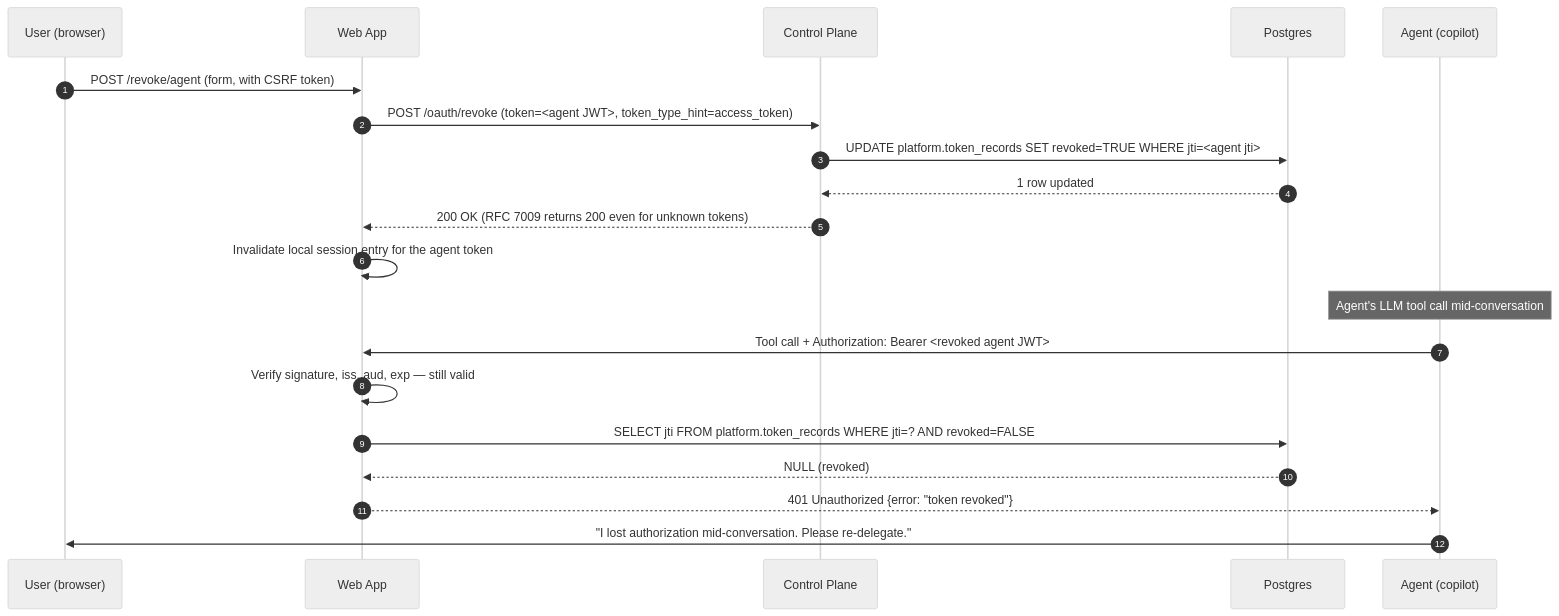
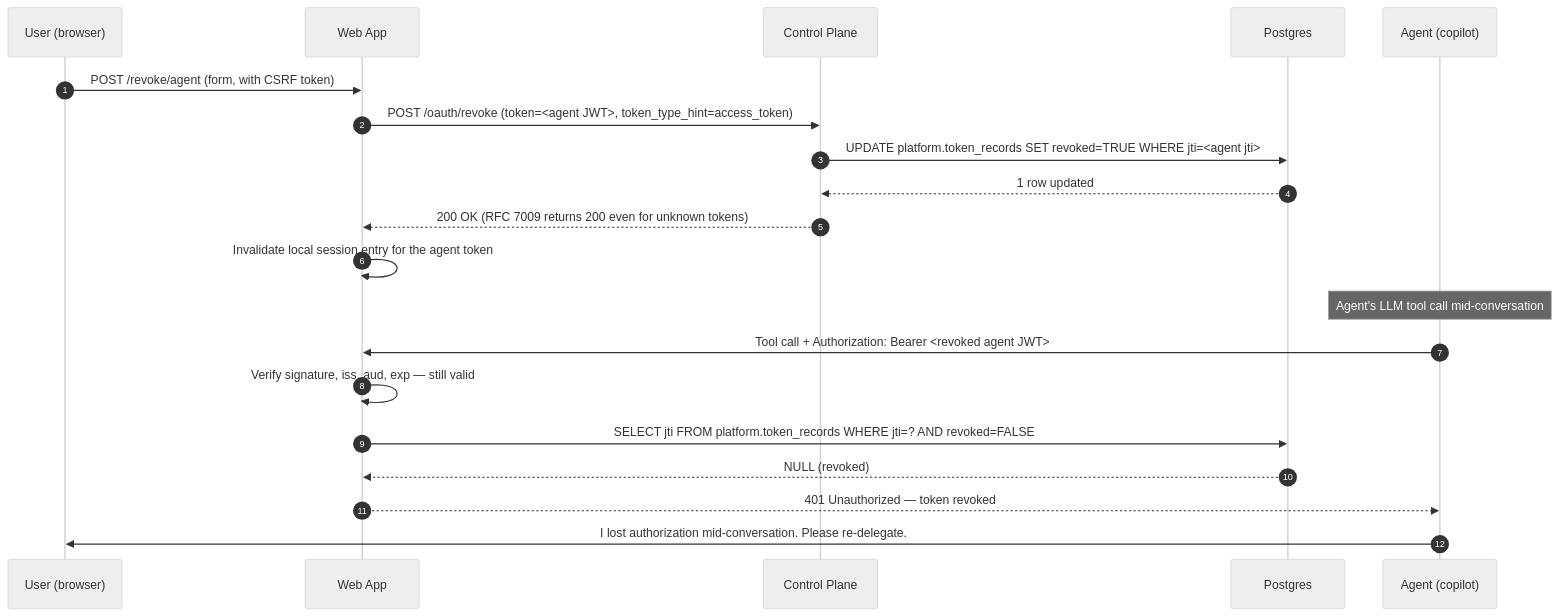
Before and after one commit to theRealMarkCastillo/identity-demo: the sixth of 6 diagrams in docs/ARCHITECTURE.md, drawn with Mermaid (neutral theme). The commit also changed other lines of this file, not shown here.

First line of the commit message:
Fix Mermaid parse errors in §7 sequence diagrams

````diff
--- a/docs/ARCHITECTURE.md
+++ b/docs/ARCHITECTURE.md
@@ -495,24 +495,24 @@
 ```mermaid
 sequenceDiagram
     autonumber
     participant U as User (browser)
     participant W as Web App
     participant CP as Control Plane
     participant DB as Postgres
     participant A as Agent (copilot)
 
     U->>W: POST /revoke/agent (form, with CSRF token)
     W->>CP: POST /oauth/revoke (token=<agent JWT>, token_type_hint=access_token)
     CP->>DB: UPDATE platform.token_records SET revoked=TRUE WHERE jti=<agent jti>
     DB-->>CP: 1 row updated
     CP-->>W: 200 OK (RFC 7009 returns 200 even for unknown tokens)
     W->>W: Invalidate local session entry for the agent token
 
     Note over A: Agent's LLM tool call mid-conversation
     A->>W: Tool call + Authorization: Bearer <revoked agent JWT>
     W->>W: Verify signature, iss, aud, exp — still valid
     W->>DB: SELECT jti FROM platform.token_records WHERE jti=? AND revoked=FALSE
     DB-->>W: NULL (revoked)
-    W-->>A: 401 Unauthorized {error: "token revoked"}
-    A->>U: "I lost authorization mid-conversation. Please re-delegate."
+    W-->>A: 401 Unauthorized — token revoked
+    A->>U: I lost authorization mid-conversation. Please re-delegate.
 ```
````
